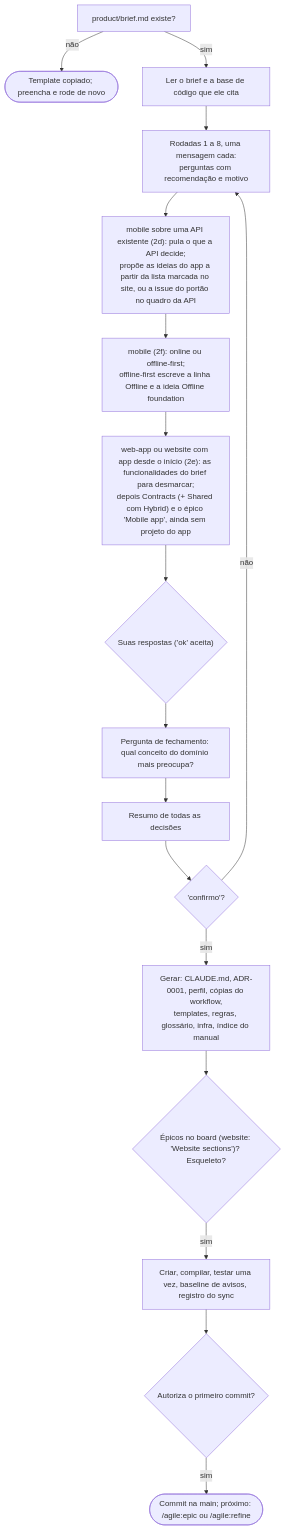
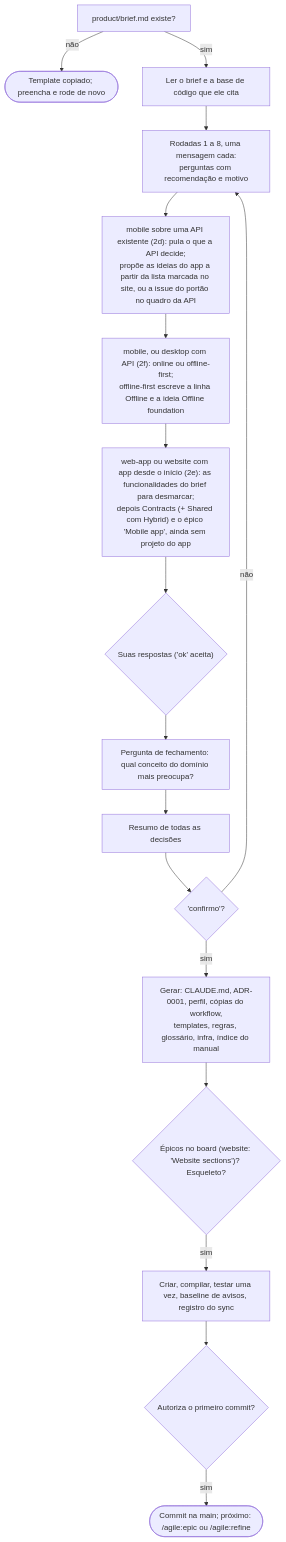
The third of 20 diagrams in docs/agile/workflow.pt-BR.md (alexcanario/simulab), drawn with Mermaid before and after one commit. The commit also changed other lines of this file and 5 other files, not shown here.

````diff
--- a/docs/agile/workflow.pt-BR.md
+++ b/docs/agile/workflow.pt-BR.md
@@ -2290,19 +2450,19 @@
 ```mermaid
 flowchart TD
     A["product/brief.md existe?"] -->|não| A1(["Template copiado; preencha e rode de novo"])
     A -->|sim| B["Ler o brief e a base de código que ele cita"]
     B --> C["Rodadas 1 a 8, uma mensagem cada:<br/>perguntas com recomendação e motivo"]
     C --> C1["mobile sobre uma API existente (2d): pula o que a API decide;<br/>propõe as ideias do app a partir da lista marcada no site, ou a issue do portão no quadro da API"]
-    C1 --> C1b["mobile (2f): online ou offline-first;<br/>offline-first escreve a linha Offline e a ideia Offline foundation"]
+    C1 --> C1b["mobile, ou desktop com API (2f): online ou offline-first;<br/>offline-first escreve a linha Offline e a ideia Offline foundation"]
     C1b --> C2["web-app ou website com app desde o início (2e): as funcionalidades do brief para desmarcar;<br/>depois Contracts (+ Shared com Hybrid) e o épico 'Mobile app', ainda sem projeto do app"]
     C2 --> D{"Suas respostas ('ok' aceita)"}
     D --> E["Pergunta de fechamento: qual conceito do domínio mais preocupa?"]
     E --> F["Resumo de todas as decisões"]
     F --> G{"'confirmo'?"}
     G -->|não| C
     G -->|sim| H["Gerar: CLAUDE.md, ADR-0001, perfil, cópias do workflow,<br/>templates, regras, glossário, infra, índice do manual"]
     H --> I{"Épicos no board (website: 'Website sections')? Esqueleto?"}
     I -->|sim| J["Criar, compilar, testar uma vez, baseline de avisos, registro do sync"]
     J --> K{"Autoriza o primeiro commit?"}
     K -->|sim| L(["Commit na main; próximo: /agile:epic ou /agile:refine"])
 ```
````
